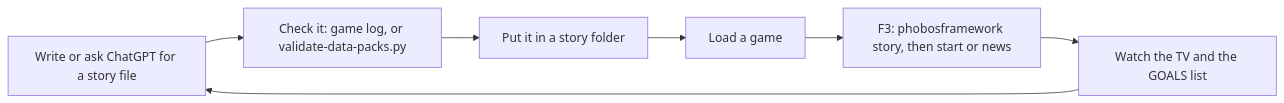
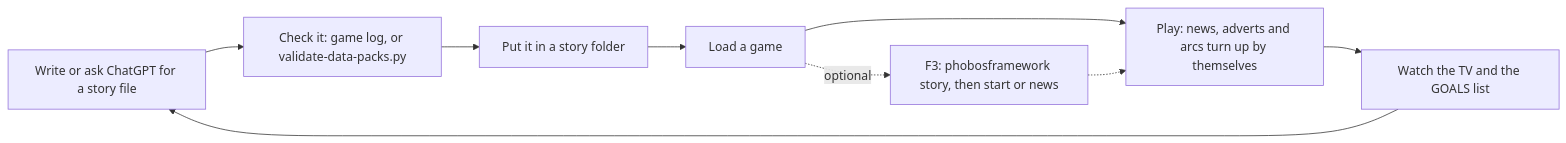
The diagram in docs/writing-story-content.md (phobos-dthorga/phobos-ostranauts), drawn with Mermaid before and after one commit. The commit also changed other lines of this file and 3 other files, not shown here.

Commit message:
Story guide: content loads by itself; F3 commands are optional

````diff
--- a/docs/writing-story-content.md
+++ b/docs/writing-story-content.md
@@ -21,9 +36,11 @@
 ```mermaid
 flowchart LR
     Write["Write or ask ChatGPT for a story file"] --> Check["Check it: game log, or validate-data-packs.py"]
     Check --> Place["Put it in a story folder"]
     Place --> Load["Load a game"]
-    Load --> Try["F3: phobosframework story, then start or news"]
-    Try --> Read["Watch the TV and the GOALS list"]
+    Load --> Play["Play: news, adverts and arcs turn up by themselves"]
+    Load -.->|"optional"| Try["F3: phobosframework story, then start or news"]
+    Try -.-> Play
+    Play --> Read["Watch the TV and the GOALS list"]
     Read --> Write
 ```
````
